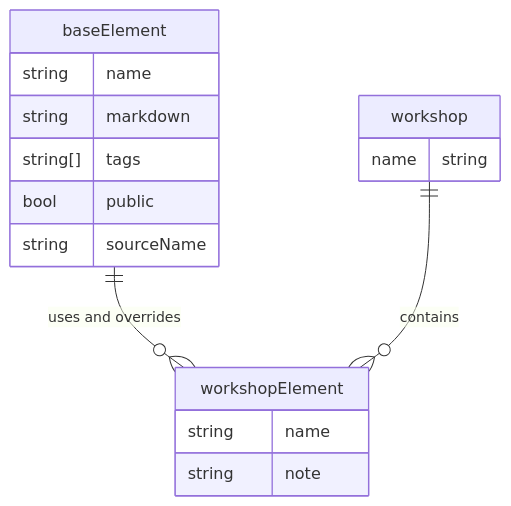
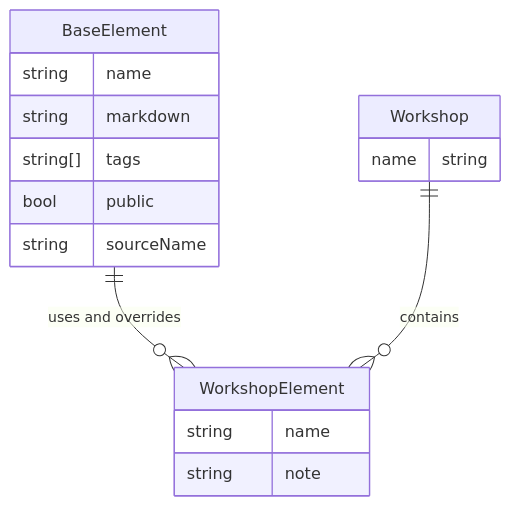
One commit to marcoklein/impromat changed the second of 3 diagrams in packages/docs/src/architecture/database-model.md. Above: the diagram before and after it, drawn with Mermaid. The commit also changed other lines of this file and 19 other files, not shown here.

````diff
--- a/packages/docs/src/architecture/database-model.md
+++ b/packages/docs/src/architecture/database-model.md
@@ -57,19 +40,19 @@
 ```mermaid
 erDiagram
-    baseElement ||--o{ workshopElement : "uses and overrides"
-    workshop ||--o{ workshopElement : contains
-    workshop {
+    BaseElement ||--o{ WorkshopElement : "uses and overrides"
+    Workshop ||--o{ WorkshopElement : contains
+    Workshop {
       name string
     }
-    baseElement {
+    BaseElement {
       string name
       string markdown
       string[] tags
       bool public
       string sourceName
     }
-    workshopElement {
+    WorkshopElement {
       string name
       string note
     }
 ```
````
